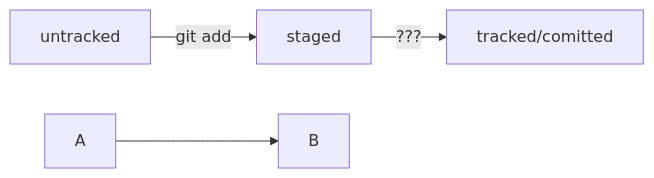
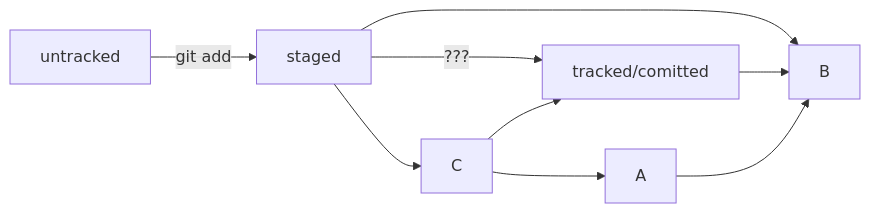
One commit to IkramBbb/scheduleTUITbot changed the diagram in README.md. Above: the diagram before and after it, drawn with Mermaid. The commit also changed other lines of this file and 1 other file, not shown here.

````diff
--- a/README.md
+++ b/README.md
@@ -8,8 +14,11 @@
 ```mermaid
 graph LR;
-  untracked -- "git add" --> staged;
-  staged    -- "???"     --> tracked/comitted;
+  untracked -- "git add" --> staged --> B;
+  staged --> C;
+  staged    -- "???"     --> tracked/comitted --> B;
 
 %% стрелка без текста для примера: 
   A --> B;
+  C --> A;
+  C --> tracked/comitted;
 ``` 
````
